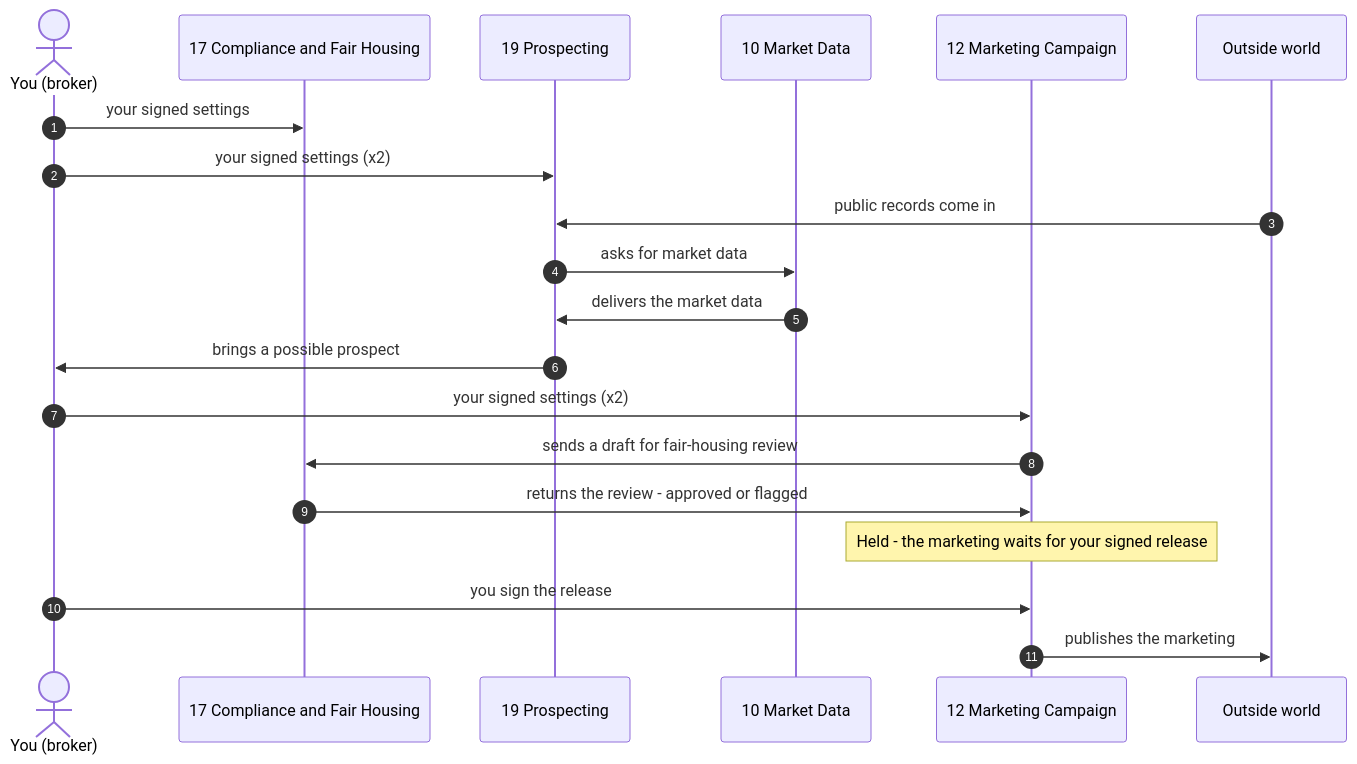
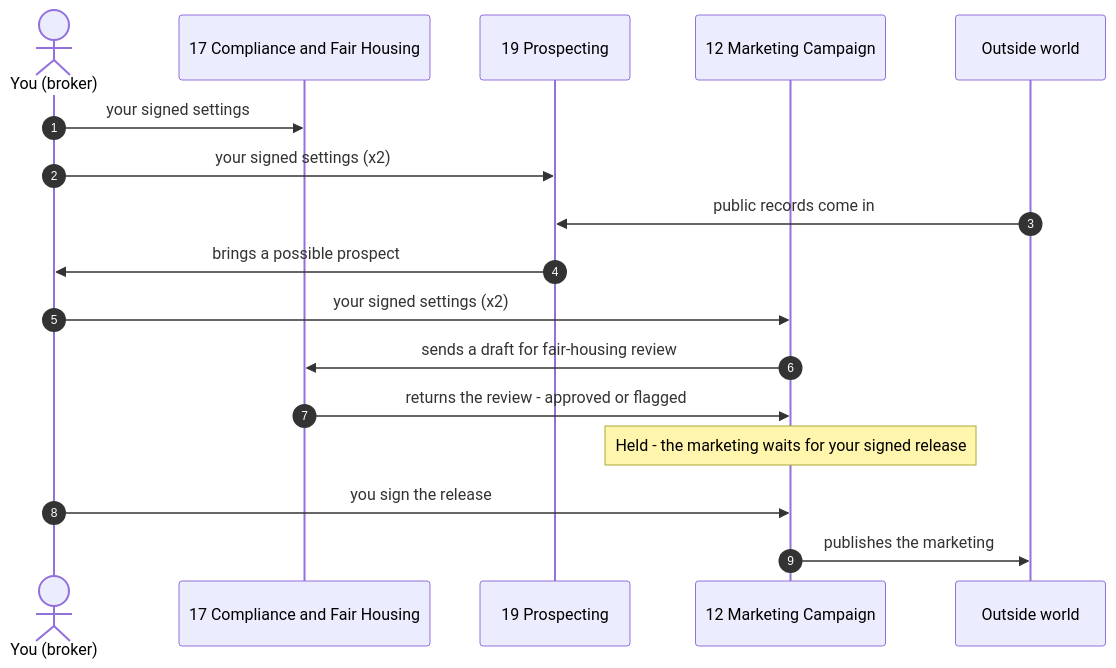
One commit to QuietFireAI/listing-assistants changed diagram 17 of 25 in docs/PLAY-BY-PLAY.md. Above: the diagram before and after it, drawn with Mermaid. The commit also changed other lines of this file and 110 other files, not shown here.

````diff
--- a/docs/PLAY-BY-PLAY.md
+++ b/docs/PLAY-BY-PLAY.md
@@ -887,22 +893,19 @@
 ```mermaid
 sequenceDiagram
     autonumber
     actor B as You (broker)
     participant A17 as 17 Compliance and Fair Housing
     participant A19 as 19 Prospecting
-    participant A10 as 10 Market Data
     participant A12 as 12 Marketing Campaign
     participant X as Outside world
     B->>A17: your signed settings
     B->>A19: your signed settings (x2)
     X->>A19: public records come in
-    A19->>A10: asks for market data
-    A10->>A19: delivers the market data
     A19->>B: brings a possible prospect
     B->>A12: your signed settings (x2)
     A12->>A17: sends a draft for fair-housing review
     A17->>A12: returns the review - approved or flagged
     Note over A12: Held - the marketing waits for your signed release
     B->>A12: you sign the release
     A12->>X: publishes the marketing
 ```
````
